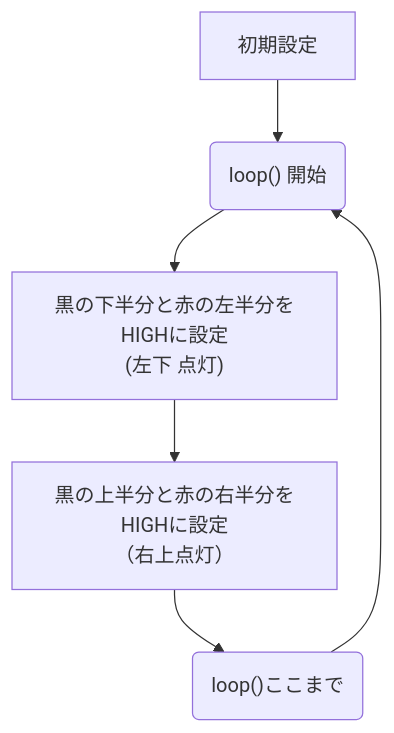
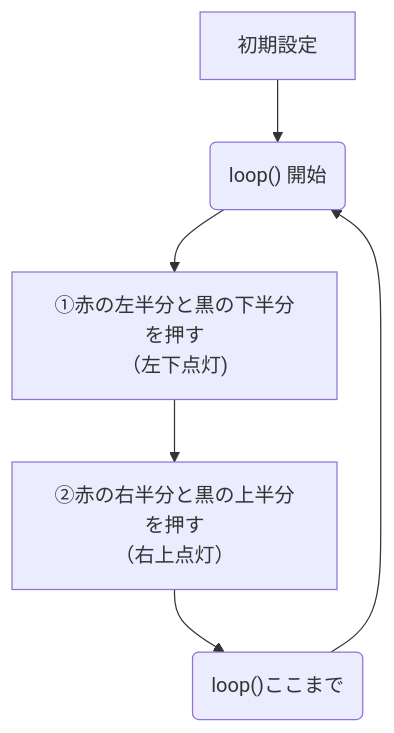
Before and after one commit to cslab-nituc/ise-taiken2025: the first of 2 diagrams in slides/slides.md, drawn with Mermaid. The commit also changed other lines of this file and 95 other files, not shown here.

````diff
--- a/slides/slides.md
+++ b/slides/slides.md
@@ -97,11 +98,11 @@
 ```mermaid {theme: 'neutral', scale: 0.75}
 flowchart
   O2["初期設定"]
   O2 --> A("loop() 開始")
-  A --> B["黒の下半分と赤の左半分をHIGHに設定<br/>(左下 点灯)"]
-  B --> C["黒の上半分と赤の右半分をHIGHに設定<br/>（右上点灯）"]
+  A --> B["①赤の左半分と黒の下半分を押す<br/>（左下点灯)"]
+  B --> C["②赤の右半分と黒の上半分を押す<br/>（右上点灯）"]
   C --> D("loop()ここまで")
   D --> A
 
 
 ```
````
